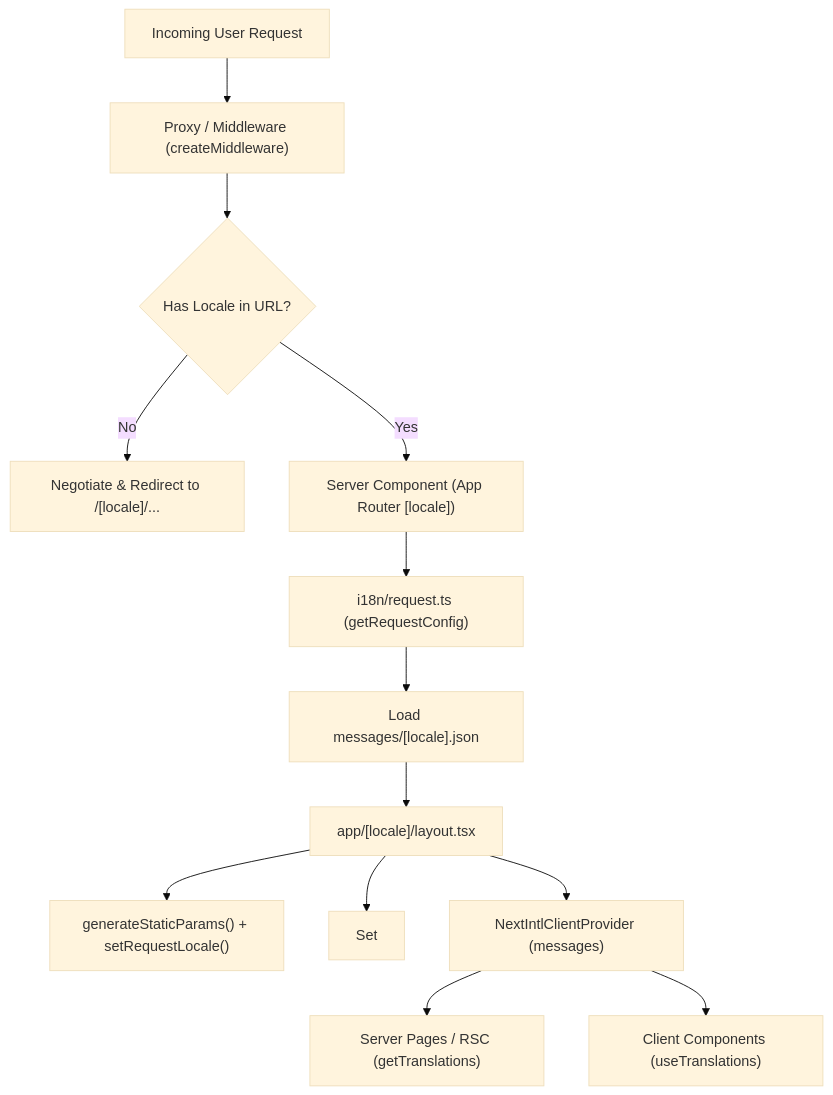
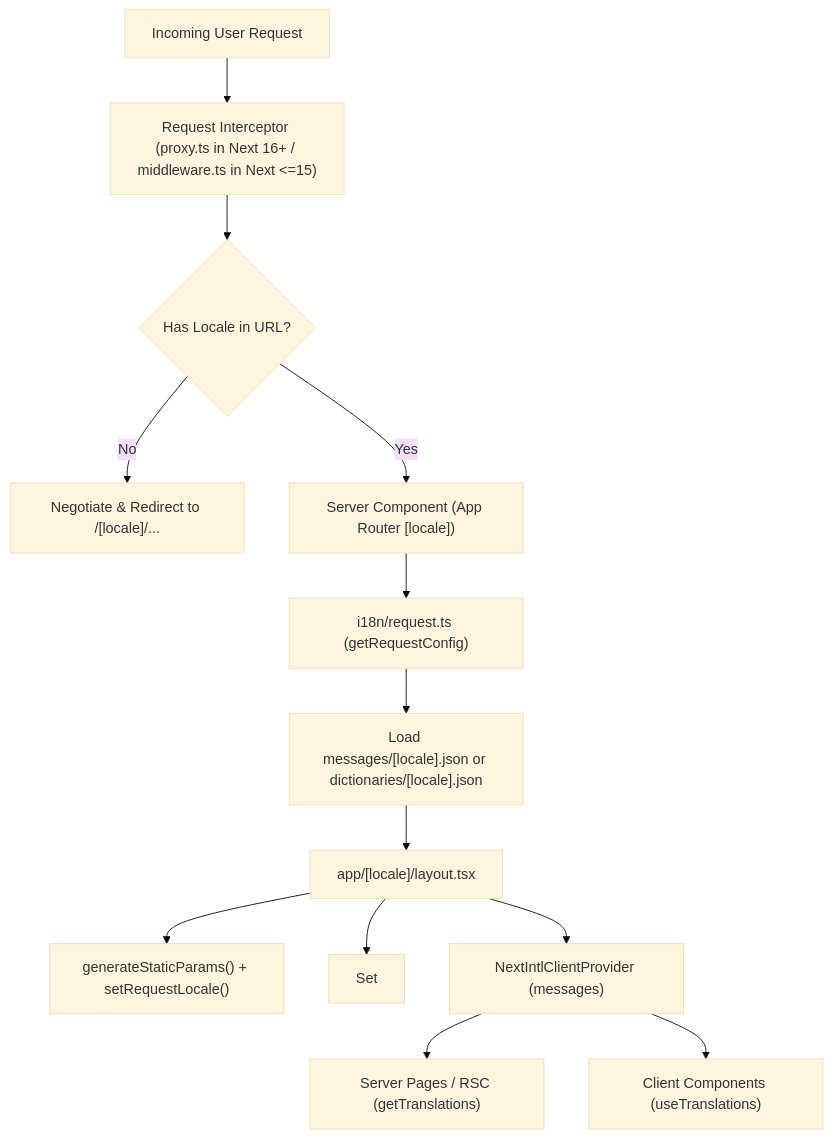
One commit to BIGboss248/aminwebsite changed the diagram in .agents/skills/nextjs-i18n/SKILL.md. Above: the diagram before and after it, drawn with Mermaid (base theme). The commit also changed other lines of this file, not shown here.

````diff
--- a/.agents/skills/nextjs-i18n/SKILL.md
+++ b/.agents/skills/nextjs-i18n/SKILL.md
@@ -28,18 +28,18 @@
 ```mermaid
 flowchart TD
-    Req[Incoming User Request] --> MW["Proxy / Middleware (createMiddleware)"]
-    MW --> RouteCheck{"Has Locale in URL?"}
+    Req[Incoming User Request] --> ProxyMW["Request Interceptor (proxy.ts in Next 16+ / middleware.ts in Next <=15)"]
+    ProxyMW --> RouteCheck{"Has Locale in URL?"}
     RouteCheck -- No --> Redir["Negotiate & Redirect to /[locale]/..."]
     RouteCheck -- Yes --> RSC["Server Component (App Router [locale])"]
 
     RSC --> ReqConfig["i18n/request.ts (getRequestConfig)"]
-    ReqConfig --> LoadDict["Load messages/[locale].json"]
+    ReqConfig --> LoadDict["Load messages/[locale].json or dictionaries/[locale].json"]
     LoadDict --> RootLayout["app/[locale]/layout.tsx"]
 
     RootLayout --> StaticOpt["generateStaticParams() + setRequestLocale()"]
     RootLayout --> DirLang["Set <html lang=locale dir=ltr/rtl>"]
     RootLayout --> ClientProv["NextIntlClientProvider (messages)"]
 
     ClientProv --> RSCPage["Server Pages / RSC (getTranslations)"]
     ClientProv --> ClientComp["Client Components (useTranslations)"]
 ```
````
